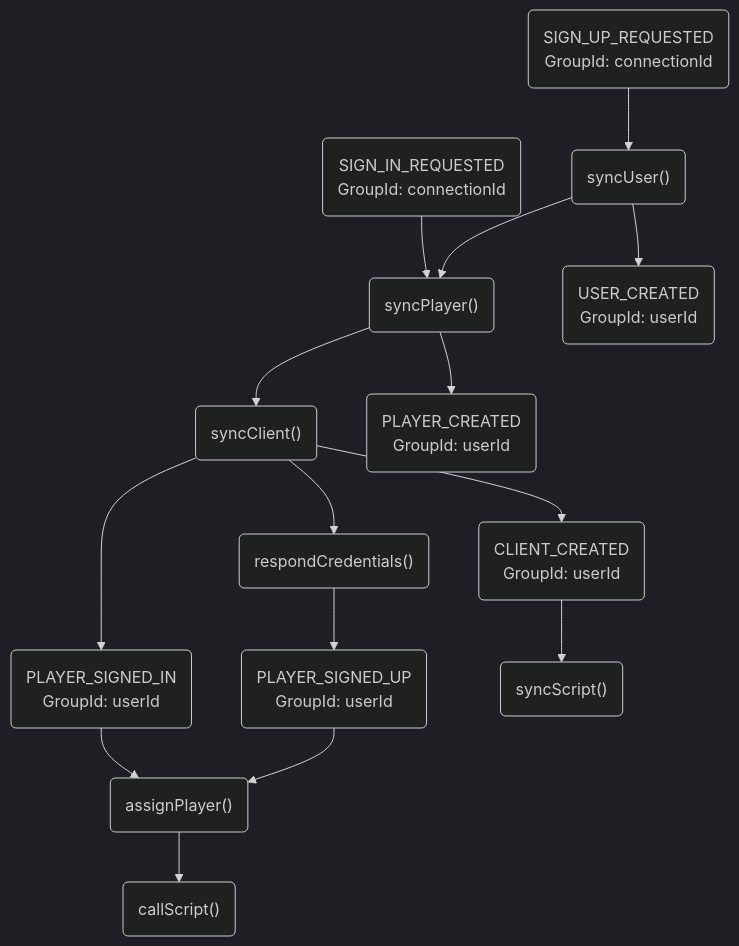
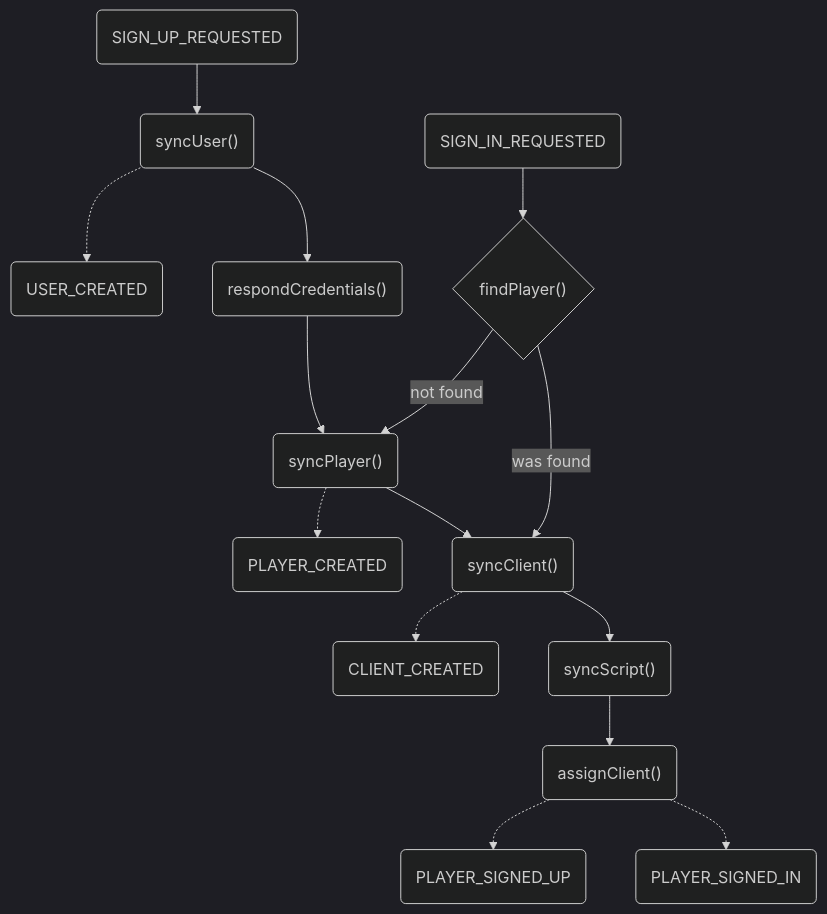
Before and after one commit to OMGSERVERS/omgservers: the diagram in omgservers-documentation/SignInSignUp.md, drawn with Mermaid (dark theme). The commit also changed other lines of this file and 15 other files, not shown here.

Commit message:
Redesign signin/up flow

````diff
--- a/omgservers-documentation/SignInSignUp.md
+++ b/omgservers-documentation/SignInSignUp.md
@@ -3,22 +3,19 @@
 ```mermaid
 graph TD;
 
-SignUpRequested(SIGN_UP_REQUESTED<br/>GroupId: connectionId) --> syncUser("syncUser()")
-syncUser("syncUser()") --> syncPlayer("syncPlayer()")
+SignUpRequested(SIGN_UP_REQUESTED) --> syncUser("syncUser()")
+syncUser("syncUser()") -.-> UserCreated(USER_CREATED)
+syncUser("syncUser()") --> respondCredentials("respondCredentials()")
+respondCredentials("respondCredentials()") --> syncPlayer("syncPlayer()")
+syncPlayer("syncPlayer()") -.-> PlayerCreated(PLAYER_CREATED)
 syncPlayer("syncPlayer()") --> syncClient("syncClient()")
-syncClient("syncClient()") --> respondCredentials("respondCredentials()")
-respondCredentials("respondCredentials()") --> PlayerSignedUp(PLAYER_SIGNED_UP<br/>GroupId: userId)
+syncClient("syncClient()") -.-> ClientCreated(CLIENT_CREATED)
+syncClient("syncClient()") --> syncScript("syncScript()")
+syncScript("syncScript()") --> assignClient("assignClient()")
+assignClient("assignClient()") -.-> PlayerSignedUp(PLAYER_SIGNED_UP)
+assignClient("assignClient()") -.-> PlayerSignedIn(PLAYER_SIGNED_IN)
 
-SignInRequested(SIGN_IN_REQUESTED<br/>GroupId: connectionId) --> syncPlayer("syncPlayer()")
-syncClient("syncClient()") --> PlayerSignedIn(PLAYER_SIGNED_IN<br/>GroupId: userId)
-
-syncUser("syncUser()") --> UserCreated(USER_CREATED</br>GroupId: userId)
-syncClient("syncClient()") --> ClientCreated(CLIENT_CREATED<br/>GroupId: userId)
-syncPlayer("syncPlayer()") --> PlayerCreated(PLAYER_CREATED<br/>GroupId: userId)
-
-ClientCreated(CLIENT_CREATED<br/>GroupId: userId) --> syncScript("syncScript()") 
-
-PlayerSignedUp(PLAYER_SIGNED_UP<br/>GroupId: userId) --> assignPlayer("assignPlayer()")
-PlayerSignedIn(PLAYER_SIGNED_IN<br/>GroupId: userId) --> assignPlayer("assignPlayer()")
-assignPlayer("assignPlayer()") --> callScript("callScript()")
+SignInRequested(SIGN_IN_REQUESTED) --> findPlayer{"findPlayer()"}
+findPlayer{"findPlayer()"} -- was found --> syncClient("syncClient()")
+findPlayer{"findPlayer()"} -- not found --> syncPlayer("syncPlayer()")
 ```
````
